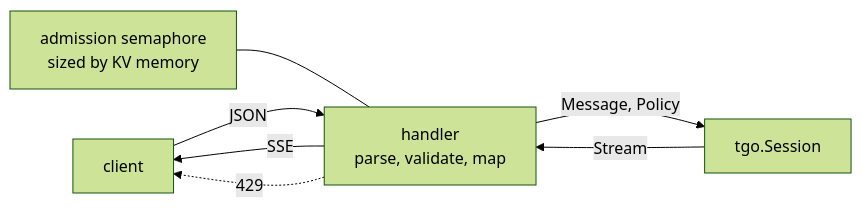
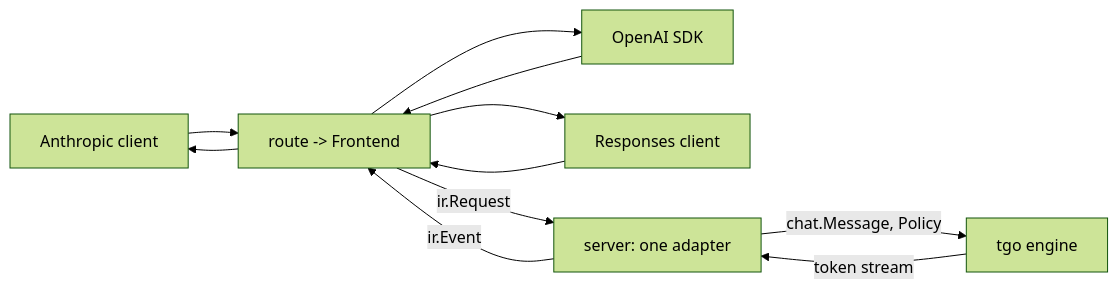
The diagram in specs/009-server.md (latere-ai/tgo), drawn with Mermaid (forest theme) before and after one commit. The commit also changed other lines of this file and 4 other files, not shown here.

````diff
--- a/specs/009-server.md
+++ b/specs/009-server.md
@@ -35,9 +61,11 @@
 ```mermaid
 flowchart LR
-  C["client"] -->|JSON| H["handler<br/>parse, validate, map"]
-  H -->|Message, Policy| S["tgo.Session"]
-  S -->|Stream| H
-  H -->|SSE| C
-  H -.->|429| C
-  Q["admission semaphore<br/>sized by KV memory"] --- H
+  C1["Anthropic client"] --> R["route -> Frontend"]
+  C2["OpenAI SDK"] --> R
+  C3["Responses client"] --> R
+  R -->|ir.Request| A["server: one adapter"]
+  A -->|chat.Message, Policy| E["tgo engine"]
+  E -->|token stream| A
+  A -->|ir.Event| R
+  R --> C1 & C2 & C3
 ```
````
